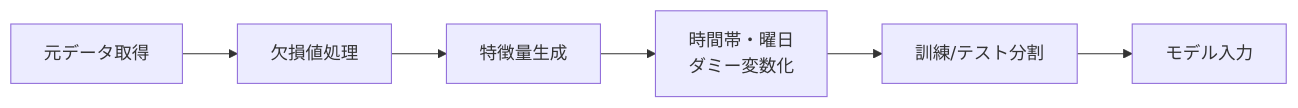
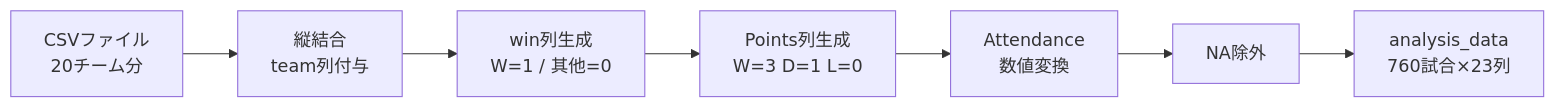
One commit to s24110016/seminar-research changed the diagram in 02_データ.qmd. Above: the diagram before and after it, drawn with Mermaid. The commit also changed other lines of this file and 32 other files, not shown here.

````diff
--- a/02_データ.qmd
+++ b/02_データ.qmd
@@ -174,10 +199,11 @@
 ```{mermaid}
 %%| label: fig-preprocess
 %%| fig-cap: "データ前処理パイプライン"
 flowchart LR
-    A[元データ取得] --> B[欠損値処理]
-    B --> C[特徴量生成]
-    C --> D[時間帯・曜日<br>ダミー変数化]
-    D --> E[訓練/テスト分割]
-    E --> F[モデル入力]
+    A[CSVファイル<br>20チーム分] --> B[縦結合<br>team列付与]
+    B --> C[win列生成<br>W=1 / 其他=0]
+    C --> D[Points列生成<br>W=3 D=1 L=0]
+    D --> E[Attendance<br>数値変換]
+    E --> F[NA除外]
+    F --> G[analysis_data<br>760試合×23列]
 ```
````
